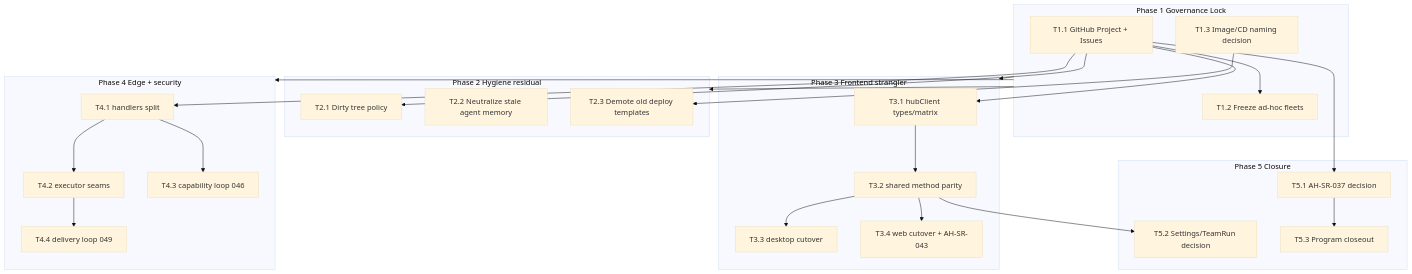
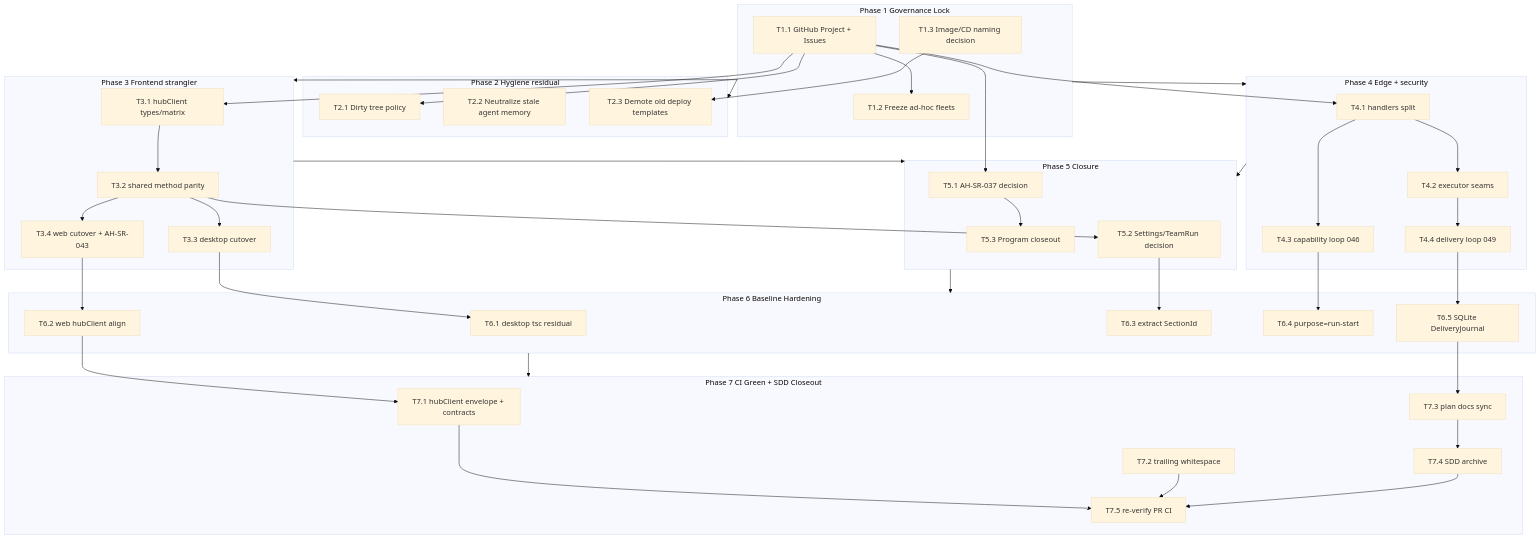
The diagram in docs/plan/dependency-graph.md (TokenDanceLab/AgentHub), drawn with Mermaid (base theme) before and after one commit. The commit also changed 2 other files, not shown here.

Commit message:
docs(plan): sync milestones and task-breakdown to Phase 6 complete (#449)

````diff
--- a/docs/plan/dependency-graph.md
+++ b/docs/plan/dependency-graph.md
@@ -48,7 +48,38 @@
     T51 --> T53
   end
 
+  subgraph P6 [Phase 6 Baseline Hardening]
+    T61[T6.1 desktop tsc residual]
+    T62[T6.2 web hubClient align]
+    T63[T6.3 extract SectionId]
+    T64[T6.4 purpose=run-start]
+    T65[T6.5 SQLite DeliveryJournal]
+    T33 --> T61
+    T34 --> T62
+    T52 --> T63
+    T43 --> T64
+    T44 --> T65
+  end
+
+  subgraph P7 [Phase 7 CI Green + SDD Closeout]
+    T71[T7.1 hubClient envelope + contracts]
+    T72[T7.2 trailing whitespace]
+    T73[T7.3 plan docs sync]
+    T74[T7.4 SDD archive]
+    T75[T7.5 re-verify PR CI]
+    T62 --> T71
+    T65 --> T73
+    T73 --> T74
+    T71 --> T75
+    T72 --> T75
+    T74 --> T75
+  end
+
   P1 --> P2
   P1 --> P3
   P1 --> P4
+  P3 --> P5
+  P4 --> P5
+  P5 --> P6
+  P6 --> P7
 ```
````
